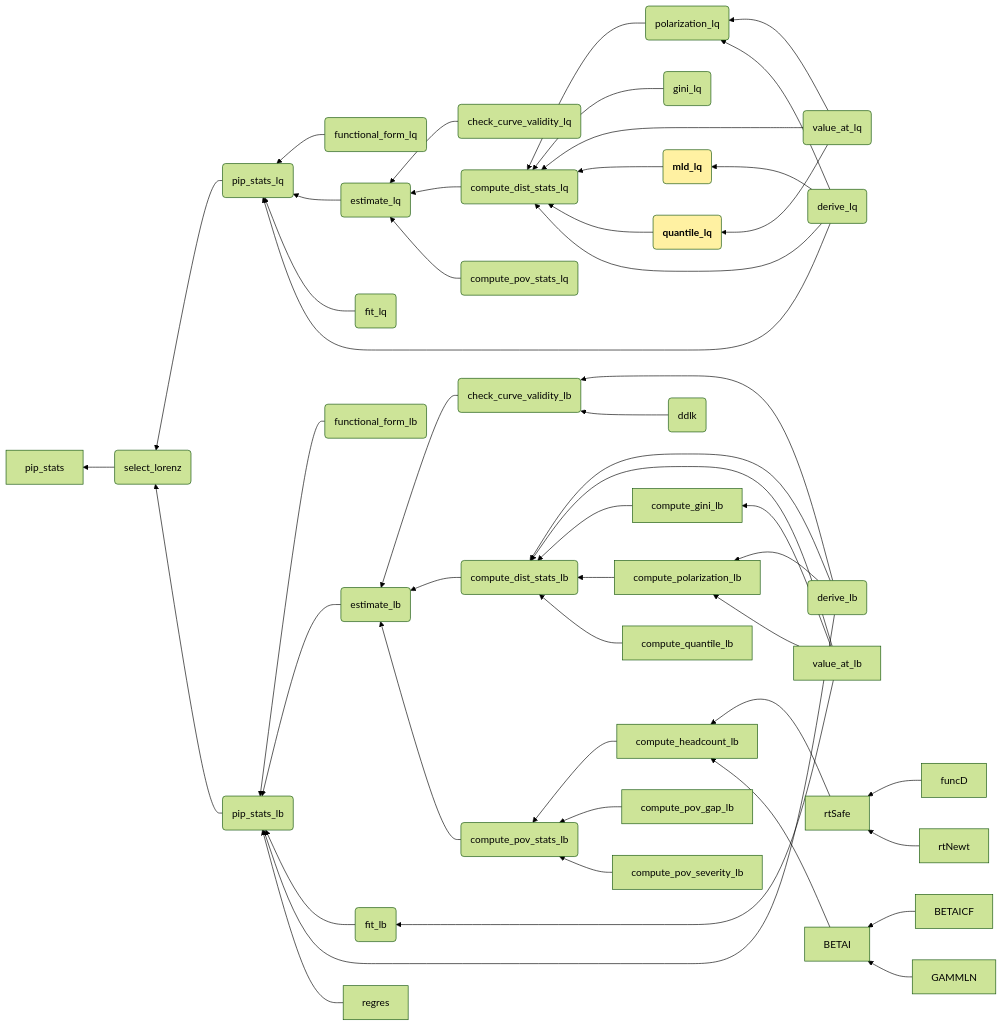
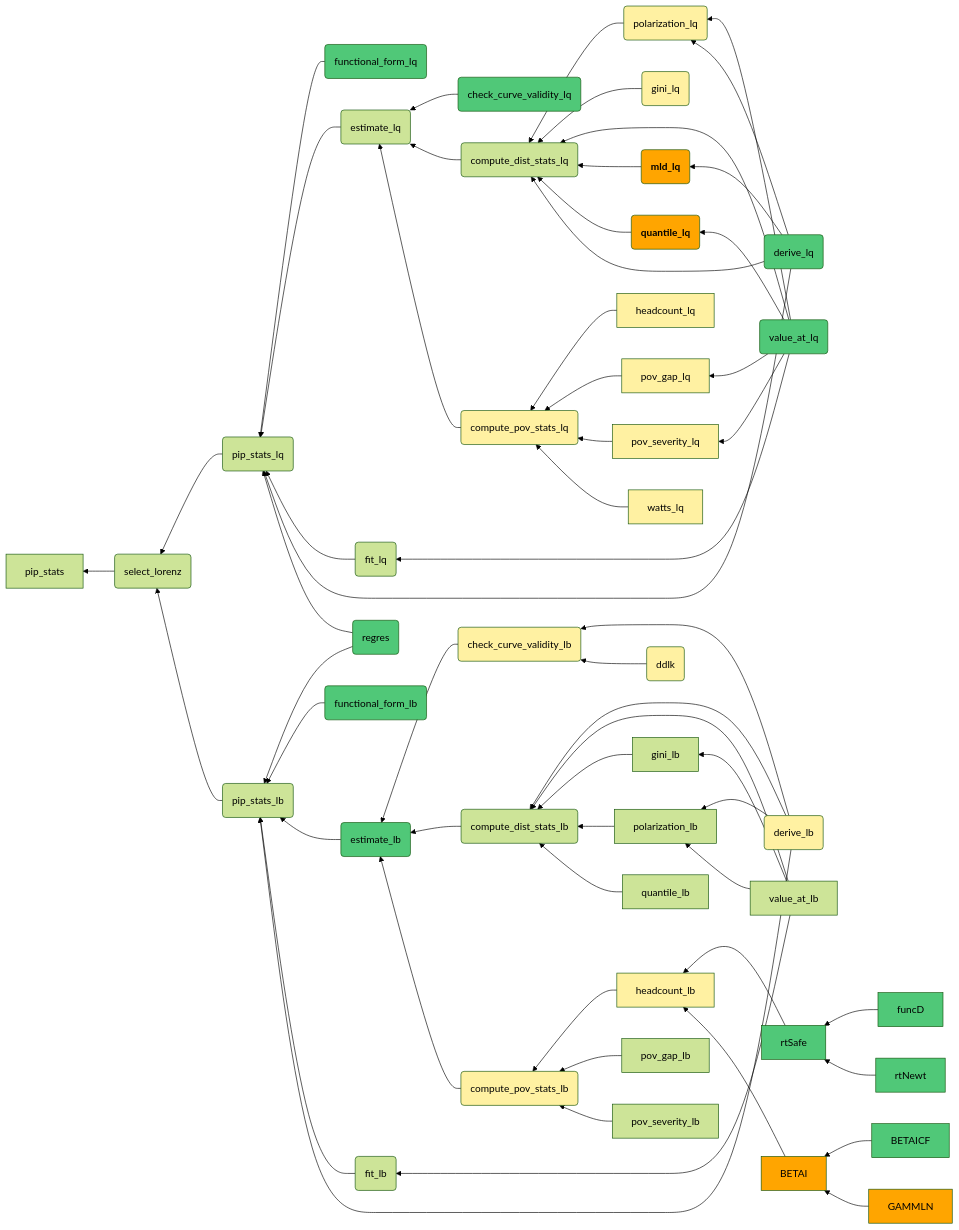
The diagram in wbpip_gd_doc.qmd (dana89co/pip_utilities), drawn with Mermaid (forest theme) before and after one commit. The commit also changed other lines of this file and 26 other files, not shown here.

````diff
--- a/wbpip_gd_doc.qmd
+++ b/wbpip_gd_doc.qmd
@@ -21,20 +21,25 @@
 ```{mermaid}
+%%| fig-width: 6.5
 
 flowchart RL
     lz(select_lorenz) --> stats[pip_stats]
     lq(pip_stats_lq) --> lz
     lb(pip_stats_lb) --> lz
+
     
     form_lq(functional_form_lq) --> lq
     est_lq(estimate_lq) --> lq
     fit_lq(fit_lq) --> lq
+    derive_lq(derive_lq) --> lq
+    
+    regres(regres) --> lq
+    regres(regres) --> lb
     
     form_lb(functional_form_lb) --> lb
     est_lb(estimate_lb) --> lb
     fit_lb(fit_lb) --> lb
     derive_lb(derive_lb) ---> lb
-    regres --> lb
-    
+
     check_val(check_curve_validity_lq) --> est_lq
     comp_dist_lq(compute_dist_stats_lq) --> est_lq
     comp_pov_lq(compute_pov_stats_lq) --> est_lq
@@ -46,23 +51,23 @@
     comp_dist_lb(compute_dist_stats_lb) --> est_lb
     derive_lb --> comp_dist_lb
     value_at_lb --> comp_dist_lb
-    compute_gini_lb --> comp_dist_lb
-    value_at_lb --> compute_gini_lb
-    compute_polarization_lb --> comp_dist_lb
-    derive_lb --> compute_polarization_lb
-    value_at_lb --> compute_polarization_lb
-    compute_quantile_lb --> comp_dist_lb
+    gini_lb --> comp_dist_lb
+    value_at_lb --> gini_lb
+    polarization_lb --> comp_dist_lb
+    derive_lb --> polarization_lb
+    value_at_lb --> polarization_lb
+    quantile_lb --> comp_dist_lb
     
     comp_pov_lb(compute_pov_stats_lb) --> est_lb
-    compute_headcount_lb --> comp_pov_lb
-    rtSafe --> compute_headcount_lb
+    headcount_lb --> comp_pov_lb
+    rtSafe --> headcount_lb
     funcD --> rtSafe
     rtNewt --> rtSafe
-    BETAI --> compute_headcount_lb
+    BETAI --> headcount_lb
     BETAICF --> BETAI
     GAMMLN --> BETAI
-    compute_pov_gap_lb --> comp_pov_lb
-    compute_pov_severity_lb --> comp_pov_lb
+    pov_gap_lb --> comp_pov_lb
+    pov_severity_lb --> comp_pov_lb
     
     value_at_lb --> fit_lb
     
@@ -72,14 +77,47 @@
     value_at_lq(value_at_lq) --> comp_dist_lq
     mld_lq(<b>mld_lq</b>) --> comp_dist_lq
     quantile_lq(<b>quantile_lq</b>) --> comp_dist_lq
-    derive_lq(derive_lq) --> lq
+    
+    headcount_lq --> comp_pov_lq
+    pov_gap_lq --> comp_pov_lq
+    pov_severity_lq --> comp_pov_lq
+    watts_lq --> comp_pov_lq
+
     derive_lq --> comp_dist_lq
     derive_lq --> mld_lq
     derive_lq --> polarization_lq
     value_at_lq --> quantile_lq
+    value_at_lq --> pov_gap_lq
+    value_at_lq --> pov_severity_lq
+    value_at_lq --> fit_lq
     
+    style derive_lq fill: #50C878
+    style value_at_lq fill: #50C878
+    style check_val fill: #50C878
+    style form_lq fill: #50C878
+    style regres fill: #50C878
+    style gini_lq fill: #FFF1A2
+    style polarization_lq fill: #FFF1A2
+    style quantile_lq fill: #FFA500
+    style mld_lq fill: #FFA500
+    style comp_pov_lq fill: #FFF1A2 
+    style headcount_lq fill: #FFF1A2 
+    style pov_gap_lq fill: #FFF1A2
+    style pov_severity_lq fill: #FFF1A2
+    style watts_lq fill: #FFF1A2
     
-    style quantile_lq fill:#FFF1A2
-    style mld_lq fill:#FFF1A2
+    style form_lb fill: #50C878
+    style derive_lb fill: #FFF1A2
+    style est_lb fill: #50C878
+    style check_val_lb fill: #FFF1A2 
+    style comp_pov_lb fill: #FFF1A2
+    style ddlk fill: #FFF1A2
+    style headcount_lb fill: #FFF1A2
+    style BETAI fill: #FFA500
+    style BETAICF fill: #50C878
+    style GAMMLN fill: #FFA500
+    style rtSafe fill: #50C878
+    style funcD fill: #50C878
+    style rtNewt fill: #50C878
 
 ```
````
